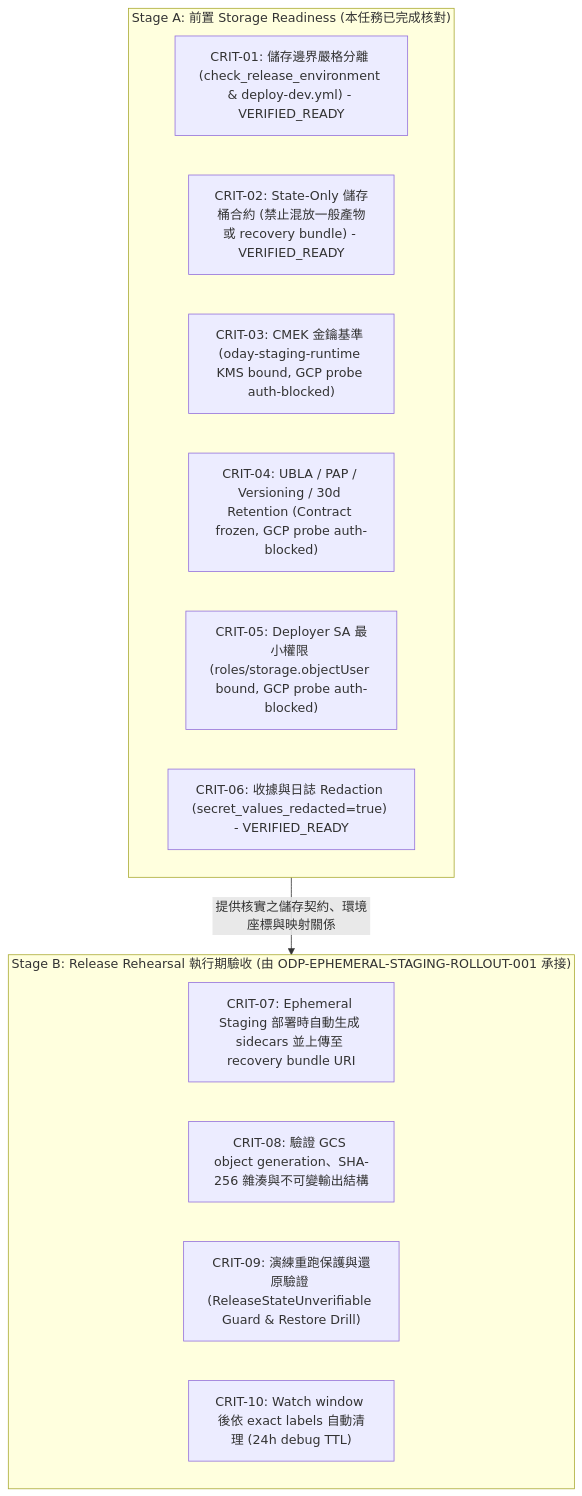
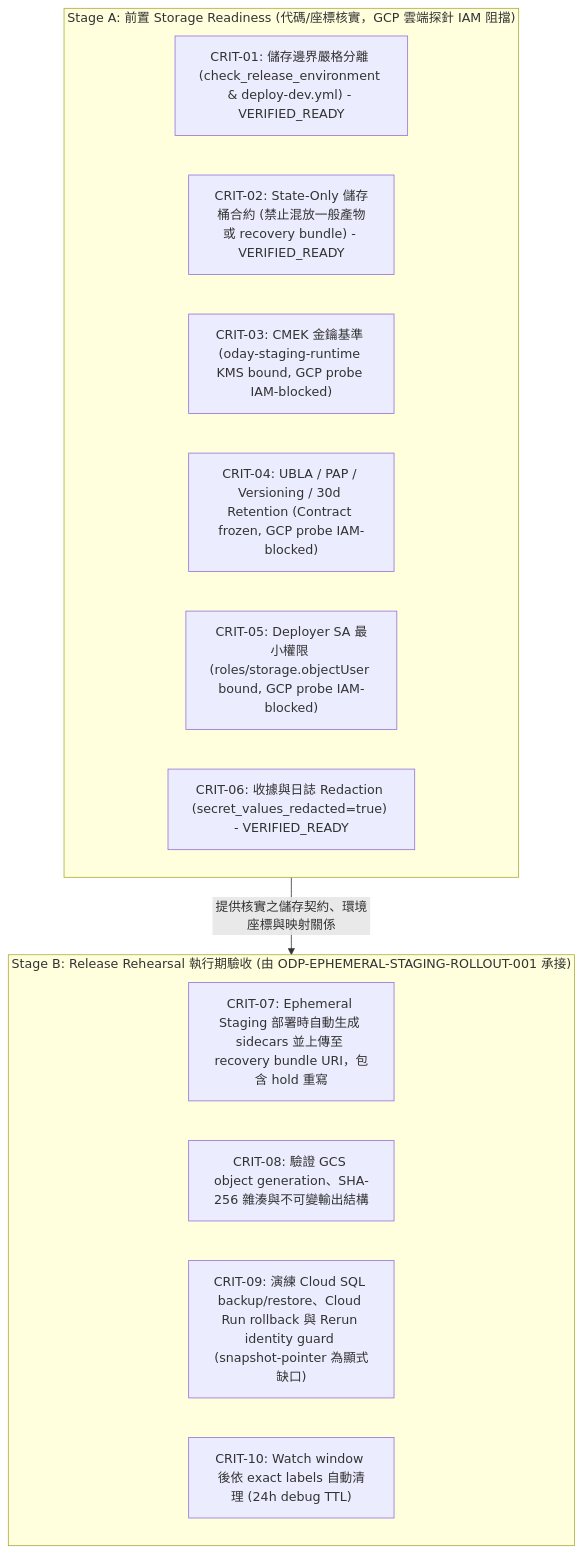
One commit to alfloop-dev/odayplus changed the diagram in docs/evidence/runtime/ODP-STAGING-RECOVERY-STORAGE-ACCEPTANCE-001/README.md. Above: the diagram before and after it, drawn with Mermaid. The commit also changed other lines of this file and 3 other files, not shown here.

First line of the commit message:
ODP-STAGING-RECOVERY-STORAGE-ACCEPTANCE-001: 修正探針收據與驗收映射

````diff
--- a/docs/evidence/runtime/ODP-STAGING-RECOVERY-STORAGE-ACCEPTANCE-001/README.md
+++ b/docs/evidence/runtime/ODP-STAGING-RECOVERY-STORAGE-ACCEPTANCE-001/README.md
@@ -175,20 +182,20 @@
 ```mermaid
 flowchart TD
-    subgraph STAGE_A["Stage A: 前置 Storage Readiness (本任務已完成核對)"]
+    subgraph STAGE_A["Stage A: 前置 Storage Readiness (代碼/座標核實，GCP 雲端探針 IAM 阻擋)"]
         A1["CRIT-01: 儲存邊界嚴格分離 (check_release_environment & deploy-dev.yml) - VERIFIED_READY"]
         A2["CRIT-02: State-Only 儲存桶合約 (禁止混放一般產物或 recovery bundle) - VERIFIED_READY"]
-        A3["CRIT-03: CMEK 金鑰基準 (oday-staging-runtime KMS bound, GCP probe auth-blocked)"]
-        A4["CRIT-04: UBLA / PAP / Versioning / 30d Retention (Contract frozen, GCP probe auth-blocked)"]
-        A5["CRIT-05: Deployer SA 最小權限 (roles/storage.objectUser bound, GCP probe auth-blocked)"]
+        A3["CRIT-03: CMEK 金鑰基準 (oday-staging-runtime KMS bound, GCP probe IAM-blocked)"]
+        A4["CRIT-04: UBLA / PAP / Versioning / 30d Retention (Contract frozen, GCP probe IAM-blocked)"]
+        A5["CRIT-05: Deployer SA 最小權限 (roles/storage.objectUser bound, GCP probe IAM-blocked)"]
         A6["CRIT-06: 收據與日誌 Redaction (secret_values_redacted=true) - VERIFIED_READY"]
     end
 
     subgraph STAGE_B["Stage B: Release Rehearsal 執行期驗收 (由 ODP-EPHEMERAL-STAGING-ROLLOUT-001 承接)"]
-        B1["CRIT-07: Ephemeral Staging 部署時自動生成 sidecars 並上傳至 recovery bundle URI"]
+        B1["CRIT-07: Ephemeral Staging 部署時自動生成 sidecars 並上傳至 recovery bundle URI，包含 hold 重寫"]
         B2["CRIT-08: 驗證 GCS object generation、SHA-256 雜湊與不可變輸出結構"]
-        B3["CRIT-09: 演練重跑保護與還原驗證 (ReleaseStateUnverifiable Guard & Restore Drill)"]
+        B3["CRIT-09: 演練 Cloud SQL backup/restore、Cloud Run rollback 與 Rerun identity guard (snapshot-pointer 為顯式缺口)"]
         B4["CRIT-10: Watch window 後依 exact labels 自動清理 (24h debug TTL)"]
     end
 
     STAGE_A -->|提供核實之儲存契約、環境座標與映射關係| STAGE_B
 ```
````
